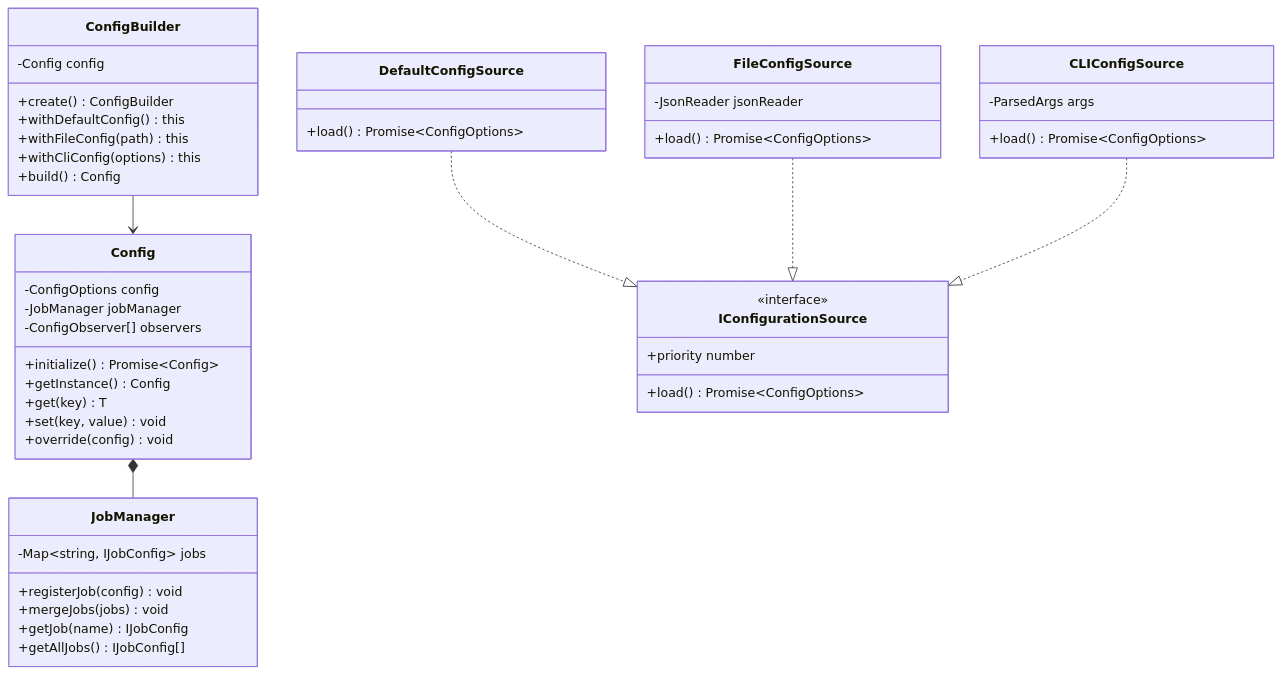
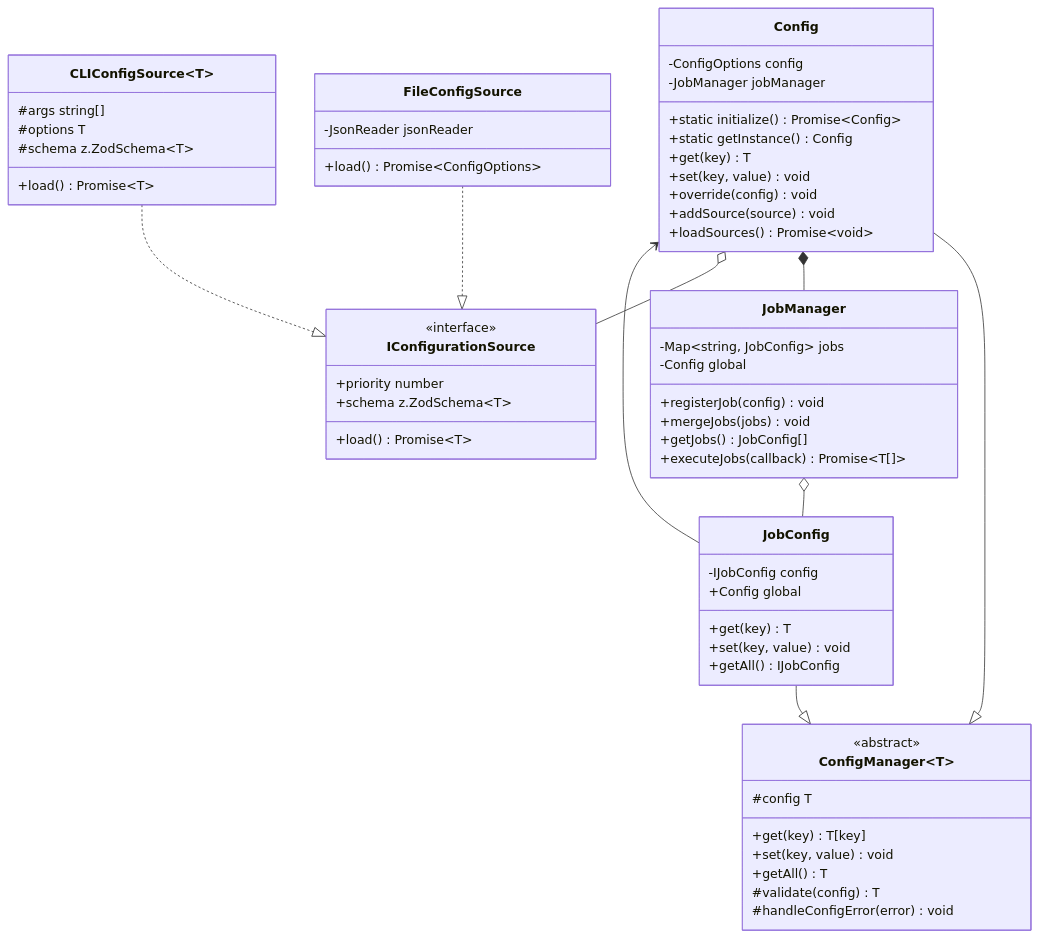
The diagram in src/utils/config/README.md (aminesayagh/Code-Wrangler), drawn with Mermaid before and after one commit.

Commit message:
documentation of config

````diff
--- a/src/utils/config/README.md
+++ b/src/utils/config/README.md
@@ -73,56 +73,69 @@
 ```mermaid
 classDiagram
     class Config {
         -ConfigOptions config
         -JobManager jobManager
-        -ConfigObserver[] observers
-        +initialize() Promise~Config~
-        +getInstance() Config
+        +static initialize() Promise~Config~
+        +static getInstance() Config
         +get(key) T
         +set(key, value) void
         +override(config) void
+        +addSource(source) void
+        +loadSources() Promise~void~
     }
 
-    class ConfigBuilder {
-        -Config config
-        +create() ConfigBuilder
-        +withDefaultConfig() this
-        +withFileConfig(path) this
-        +withCliConfig(options) this
-        +build() Config
+    class ConfigManager~T~ {
+        <<abstract>>
+        #config T
+        +get(key) T[key]
+        +set(key, value) void
+        +getAll() T
+        #validate(config) T
+        #handleConfigError(error) void
+    }
+
+    class JobConfig {
+        -IJobConfig config
+        +Config global
+        +get(key) T
+        +set(key, value) void
+        +getAll() IJobConfig
     }
 
     class JobManager {
-        -Map~string, IJobConfig~ jobs
+        -Map~string, JobConfig~ jobs
+        -Config global
         +registerJob(config) void
         +mergeJobs(jobs) void
-        +getJob(name) IJobConfig
-        +getAllJobs() IJobConfig[]
+        +getJobs() JobConfig[]
+        +executeJobs(callback) Promise~T[]~
     }
 
     class IConfigurationSource {
         <<interface>>
         +priority number
-        +load() Promise~ConfigOptions~
-    }
-
-    class DefaultConfigSource {
-        +load() Promise~ConfigOptions~
+        +schema z.ZodSchema~T~
+        +load() Promise~T~
     }
 
     class FileConfigSource {
         -JsonReader jsonReader
         +load() Promise~ConfigOptions~
     }
 
-    class CLIConfigSource {
-        -ParsedArgs args
-        +load() Promise~ConfigOptions~
+    class CLIConfigSource~T~ {
+        #args string[]
+        #options T
+        #schema z.ZodSchema~T~
+        +load() Promise~T~
     }
 
+    JobConfig --|> ConfigManager
+    Config --|> ConfigManager
     Config *-- JobManager
-    ConfigBuilder --> Config
-    DefaultConfigSource ..|> IConfigurationSource
+    JobManager o-- JobConfig
+    JobConfig --> Config
+    Config o-- IConfigurationSource
     FileConfigSource ..|> IConfigurationSource
     CLIConfigSource ..|> IConfigurationSource
 ```
````
